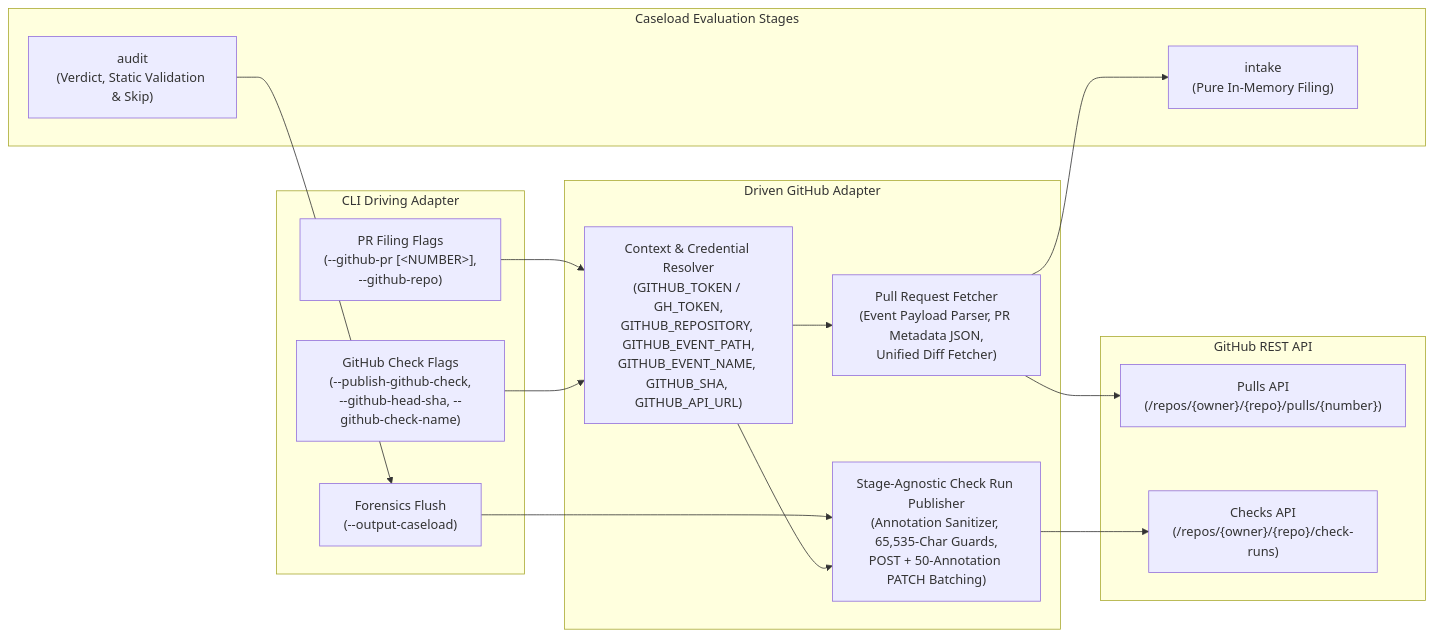
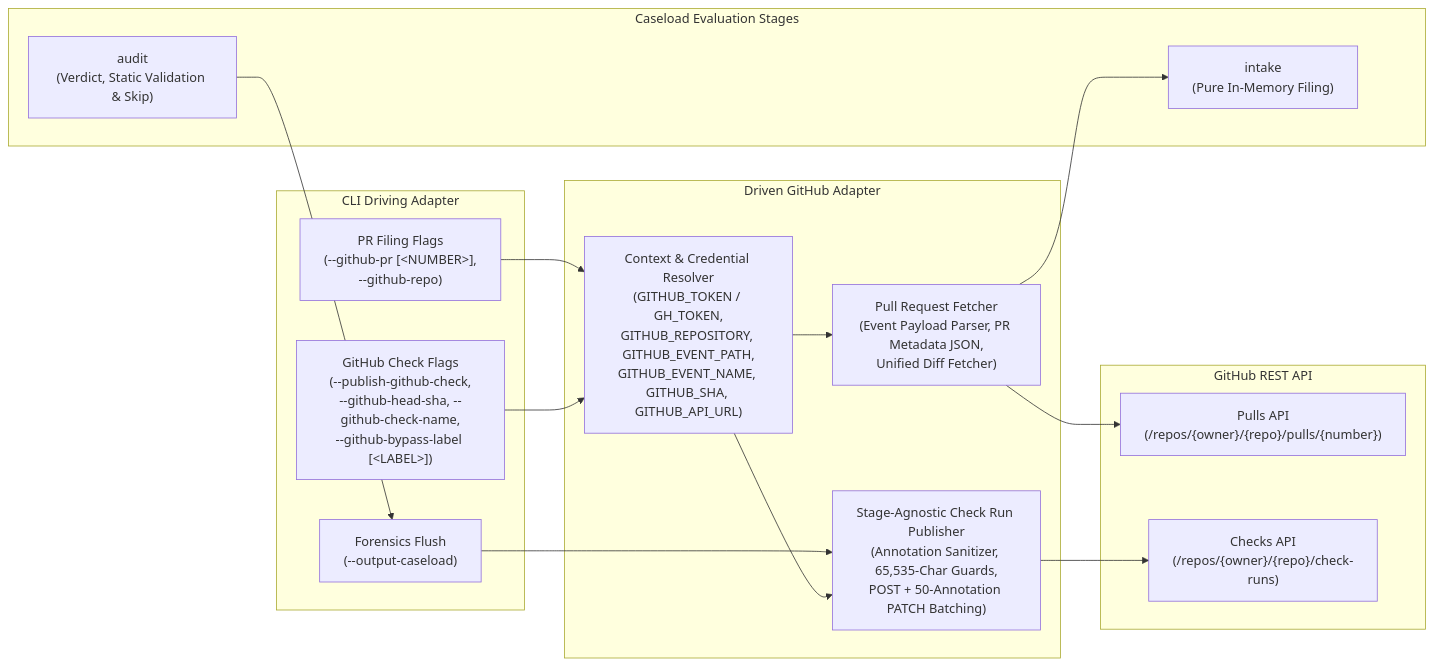
The diagram in docs/architecture/github.md (PAIR-code/canon-clerk), drawn with Mermaid before and after one commit. The commit also changed other lines of this file and 8 other files, not shown here.

First line of the commit message:
feat(cli,action): support configurable PR label bypass for GitHub Checks audit gate (#360) (#365)

````diff
--- a/docs/architecture/github.md
+++ b/docs/architecture/github.md
@@ -14,31 +14,31 @@
 ```mermaid
 flowchart LR
     subgraph Stages ["Caseload Evaluation Stages"]
         Intake["intake<br/>(Pure In-Memory Filing)"]
         Audit["audit<br/>(Verdict, Static Validation &amp; Skip)"]
     end
 
     subgraph CliBoundary ["CLI Driving Adapter"]
         PrFlags["PR Filing Flags<br/>(--github-pr [&lt;NUMBER&gt;],<br/>--github-repo)"]
-        CheckFlags["GitHub Check Flags<br/>(--publish-github-check,<br/>--github-head-sha, --github-check-name)"]
+        CheckFlags["GitHub Check Flags<br/>(--publish-github-check,<br/>--github-head-sha, --github-check-name,<br/>--github-bypass-label [&lt;LABEL&gt;])"]
         Forensics["Forensics Flush<br/>(--output-caseload)"]
     end
 
     subgraph GithubAdapter ["Driven GitHub Adapter"]
         Context["Context &amp; Credential Resolver<br/>(GITHUB_TOKEN / GH_TOKEN,<br/>GITHUB_REPOSITORY, GITHUB_EVENT_PATH,<br/>GITHUB_EVENT_NAME, GITHUB_SHA, GITHUB_API_URL)"]
         PrFetcher["Pull Request Fetcher<br/>(Event Payload Parser, PR Metadata JSON,<br/>Unified Diff Fetcher)"]
         Publisher["Stage-Agnostic Check Run Publisher<br/>(Annotation Sanitizer, 65,535-Char Guards,<br/>POST + 50-Annotation PATCH Batching)"]
     end
 
     subgraph GitHub ["GitHub REST API"]
         Pulls["Pulls API<br/>(/repos/{owner}/{repo}/pulls/{number})"]
         Checks["Checks API<br/>(/repos/{owner}/{repo}/check-runs)"]
     end
 
     PrFlags --> Context
     CheckFlags --> Context
     Context --> PrFetcher --> Pulls
     PrFetcher --> Intake
     Audit --> Forensics --> Publisher --> Checks
     Context --> Publisher
 ```
````
